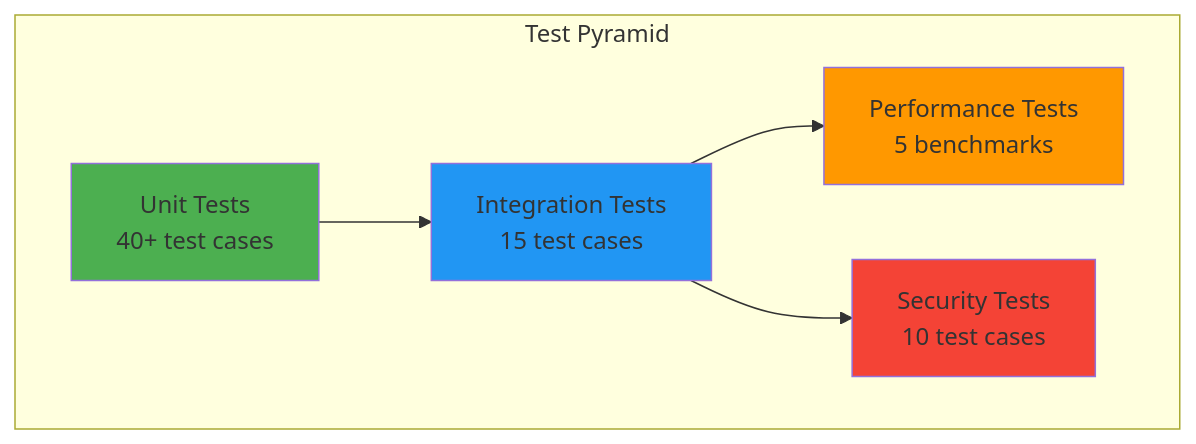
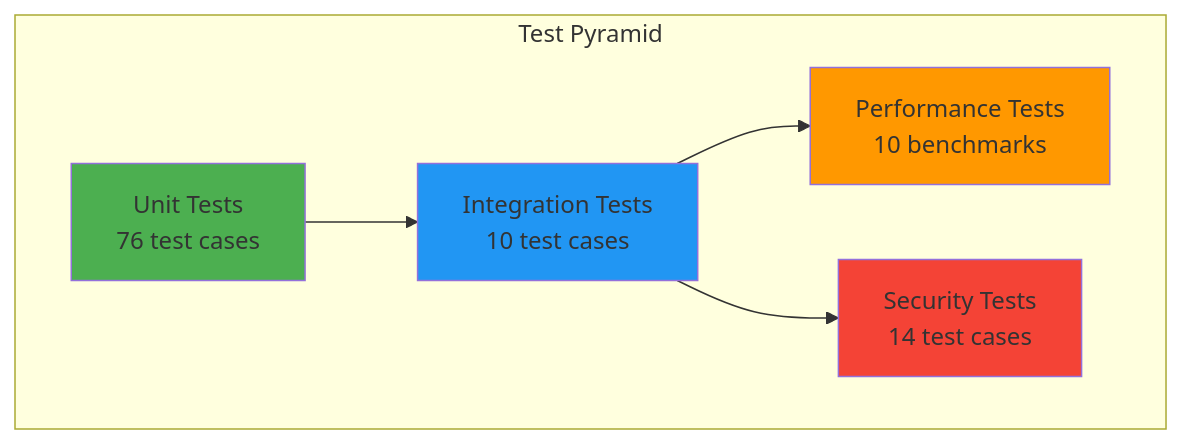
Before and after one commit to dxcSithLord/server-go-ssp-gormauthstore: the diagram in docs/API_TESTS_SPEC.md, drawn with Mermaid. The commit also changed other lines of this file and 15 other files, not shown here.

````diff
--- a/docs/API_TESTS_SPEC.md
+++ b/docs/API_TESTS_SPEC.md
@@ -26,18 +26,18 @@
 ```mermaid
 graph TB
     subgraph "Test Pyramid"
-        PERF[Performance Tests<br/>5 benchmarks]
-        SEC[Security Tests<br/>10 test cases]
-        INT[Integration Tests<br/>15 test cases]
-        UNIT[Unit Tests<br/>40+ test cases]
+        PERF[Performance Tests<br/>10 benchmarks]
+        SEC[Security Tests<br/>14 test cases]
+        INT[Integration Tests<br/>10 test cases]
+        UNIT[Unit Tests<br/>76 test cases]
     end
 
     UNIT --> INT
     INT --> SEC
     INT --> PERF
 
     style UNIT fill:#4CAF50
     style INT fill:#2196F3
     style SEC fill:#f44336
     style PERF fill:#FF9800
 ```
````
